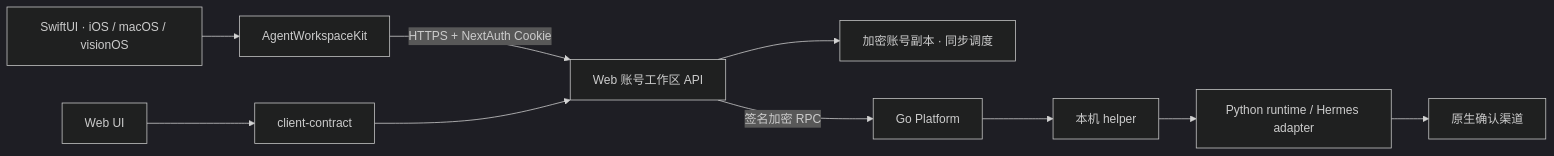
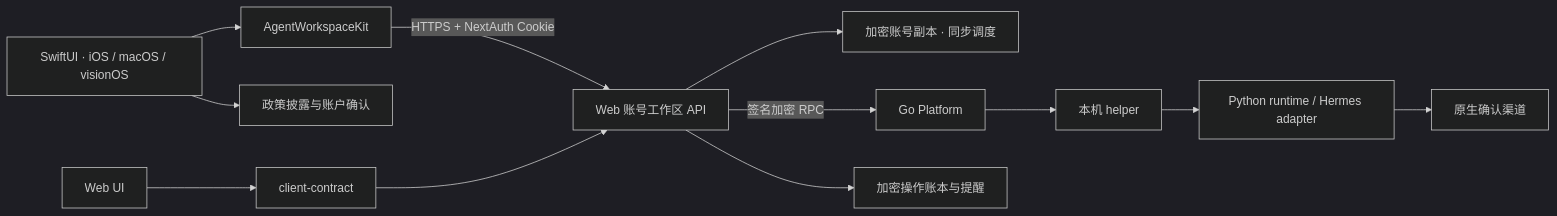
One commit to BillShiyaoZhang/agent-comm-ios changed the diagram in docs/ARCHITECTURE.md. Above: the diagram before and after it, drawn with Mermaid (dark theme). The commit also changed other lines of this file and 34 other files, not shown here.

Commit message:
feat: bring Apple workspace to current web capabilities

````diff
--- a/docs/ARCHITECTURE.md
+++ b/docs/ARCHITECTURE.md
@@ -7,12 +7,14 @@
 ```mermaid
 flowchart LR
     Apple[SwiftUI · iOS / macOS / visionOS] --> Kit[AgentWorkspaceKit]
     Kit -->|HTTPS + NextAuth Cookie| Web[Web 账号工作区 API]
     Browser[Web UI] --> Shared[client-contract]
     Shared --> Web
     Web --> Cache[加密账号副本 · 同步调度]
     Web -->|签名加密 RPC| Platform[Go Platform]
     Platform --> Helper[本机 helper]
     Helper --> Runtime[Python runtime / Hermes adapter]
     Runtime --> Native[原生确认渠道]
+    Apple --> Policy[政策披露与账户确认]
+    Web --> Ledger[加密操作账本与提醒]
 ```
````
